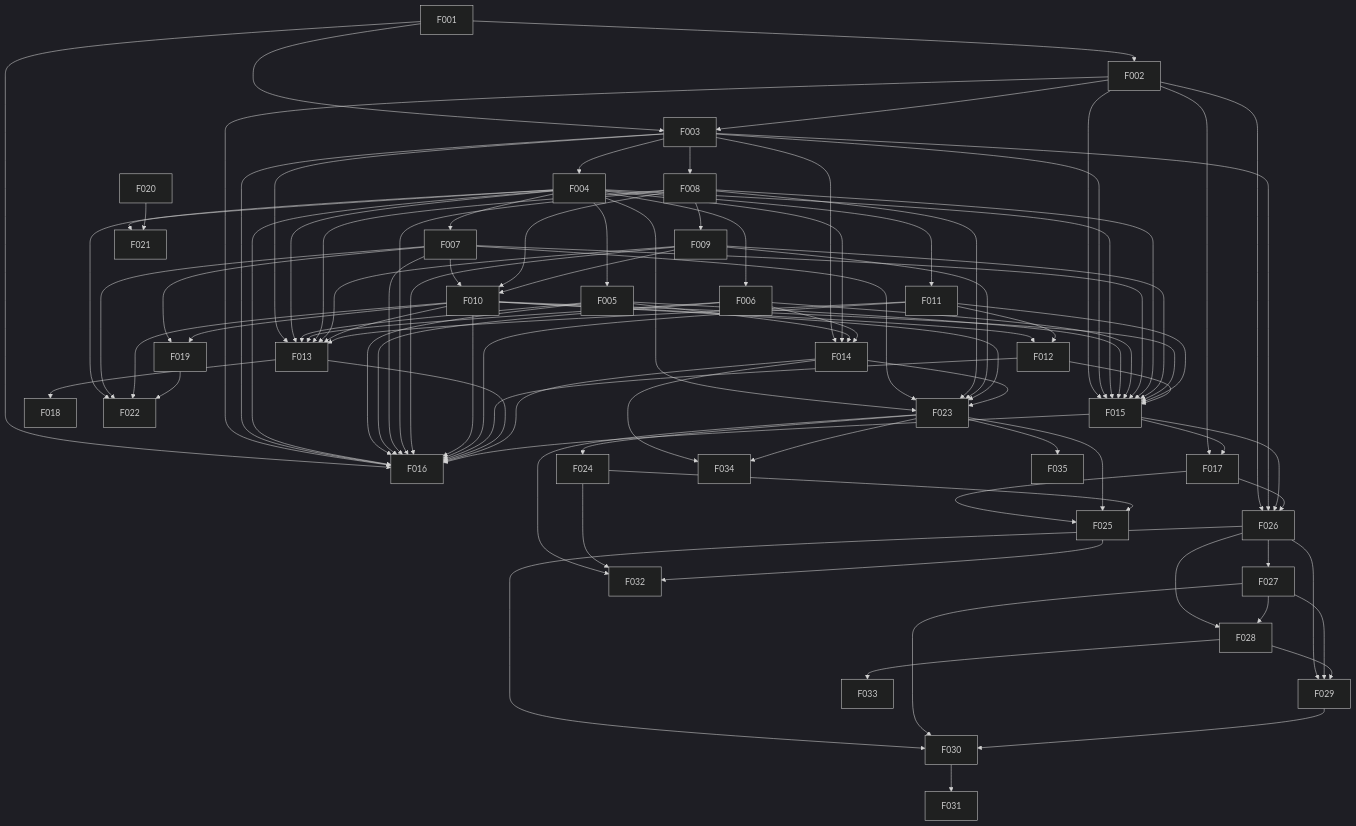
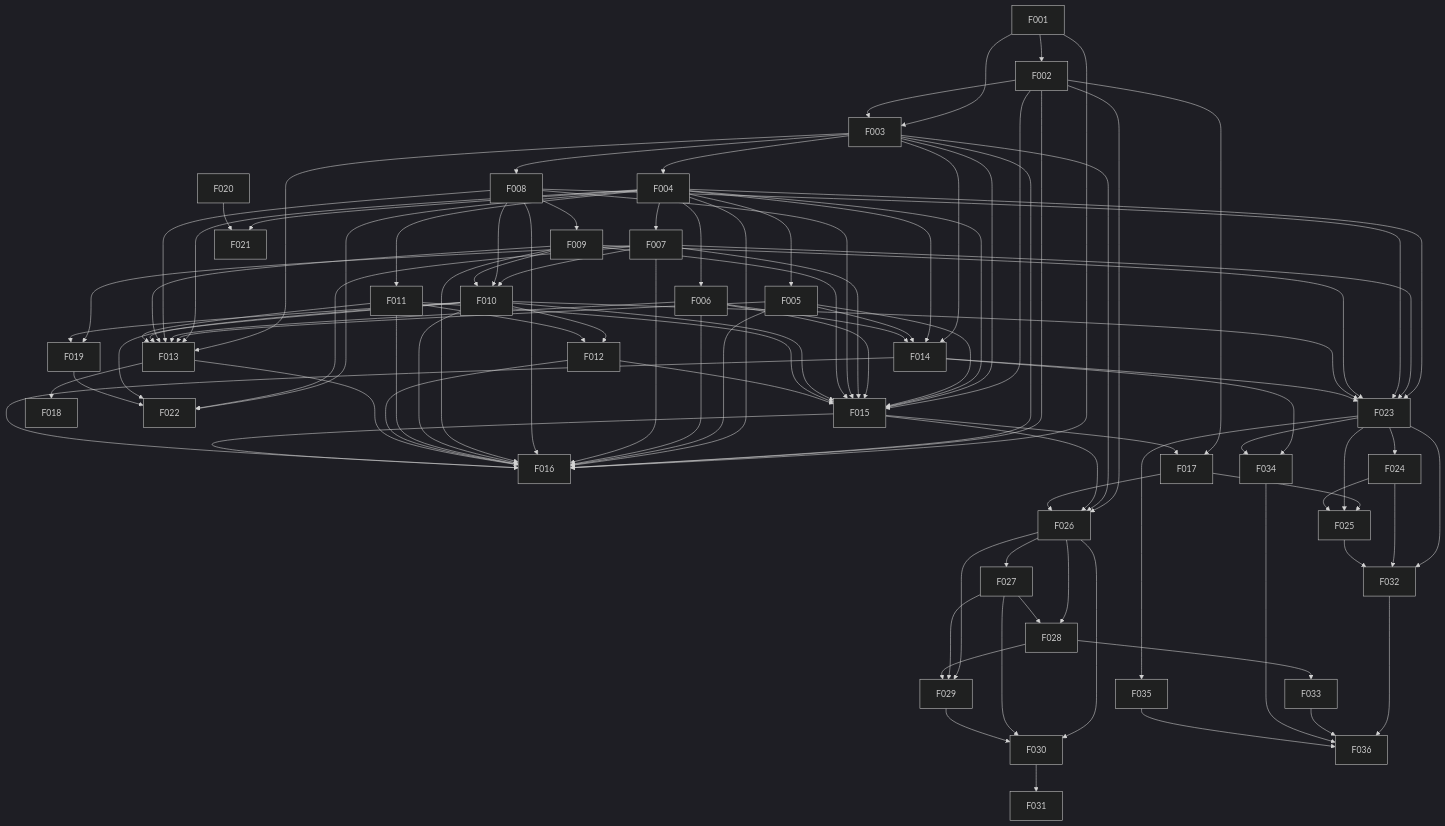
One commit to 47oo/csm changed the diagram in docs/project/dependency-map.md. Above: the diagram before and after it, drawn with Mermaid (dark theme). The commit also changed other lines of this file and 5 other files, not shown here.

````diff
--- a/docs/project/dependency-map.md
+++ b/docs/project/dependency-map.md
@@ -43,6 +43,7 @@
     n32["F033"]
     n33["F034"]
     n34["F035"]
+    n35["F036"]
     n0 --> n1
     n0 --> n2
     n1 --> n2
@@ -138,4 +139,8 @@
     n13 --> n33
     n22 --> n33
     n22 --> n34
+    n31 --> n35
+    n32 --> n35
+    n33 --> n35
+    n34 --> n35
 ```
````
